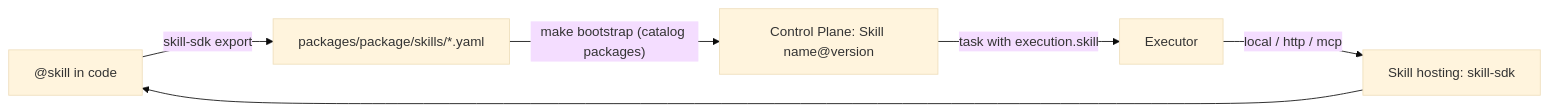
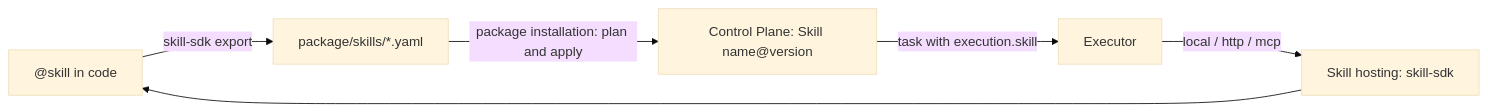
Before and after one commit to monthu56/taimen: the diagram in guide/docs/sdk/skill-sdk.md, drawn with Mermaid (base theme). The commit also changed other lines of this file and 112 other files, not shown here.

First line of the commit message:
guide: regenerated for the package SDK

````diff
--- a/guide/docs/sdk/skill-sdk.md
+++ b/guide/docs/sdk/skill-sdk.md
@@ -23,8 +25,8 @@
 ```mermaid
 flowchart LR
-    Code["@skill in code"] -->|"skill-sdk export"| Y["packages/package/skills/*.yaml"]
-    Y -->|"make bootstrap (catalog packages)"| CP[Control Plane: Skill name@version]
+    Code["@skill in code"] -->|"skill-sdk export"| Y["package/skills/*.yaml"]
+    Y -->|"package installation: plan and apply"| CP[Control Plane: Skill name@version]
     CP -->|task with execution.skill| R[Executor]
     R -->|local / http / mcp| H[Skill hosting: skill-sdk]
     H --> Code
 ```
````
